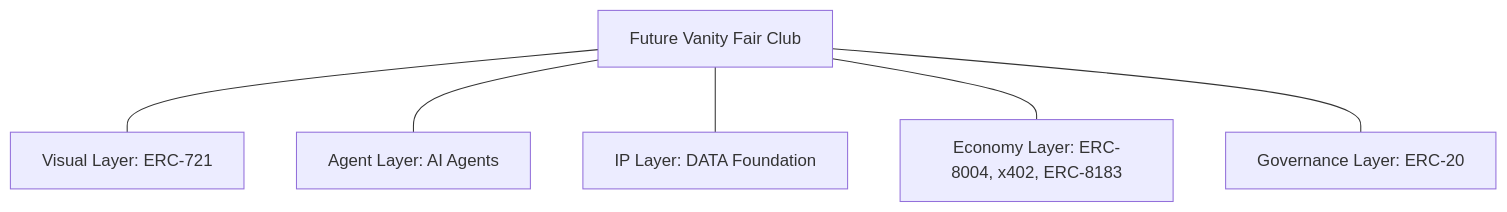
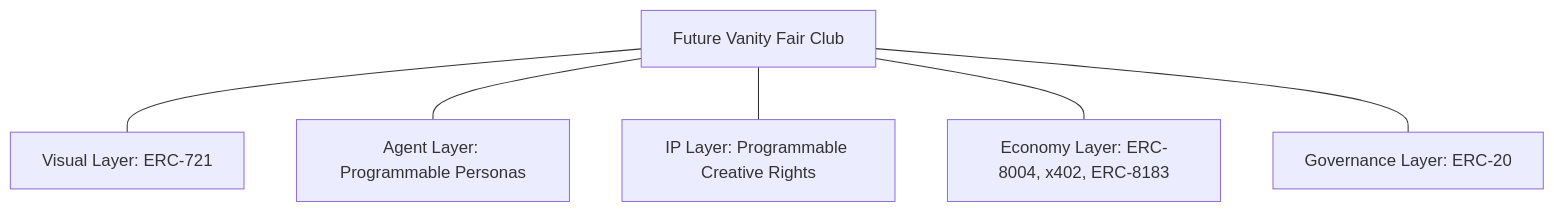
Before and after one commit to futurevanityfairclub/futurevanityfairclub: the diagram in README.md, drawn with Mermaid. The commit also changed other lines of this file, not shown here.

Commit message:
docs: refine Living IP and align 5-layer infrastructure across architecture

````diff
--- a/README.md
+++ b/README.md
@@ -41,9 +41,9 @@
 ```mermaid
 graph TD
     FVFC[Future Vanity Fair Club]
     FVFC --- A[Visual Layer: ERC-721]
-    FVFC --- B[Agent Layer: AI Agents]
-    FVFC --- C[IP Layer: DATA Foundation]
+    FVFC --- B[Agent Layer: Programmable Personas]
+    FVFC --- C[IP Layer: Programmable Creative Rights]
     FVFC --- D[Economy Layer: ERC-8004, x402, ERC-8183]
     FVFC --- E[Governance Layer: ERC-20]
 ```
````
